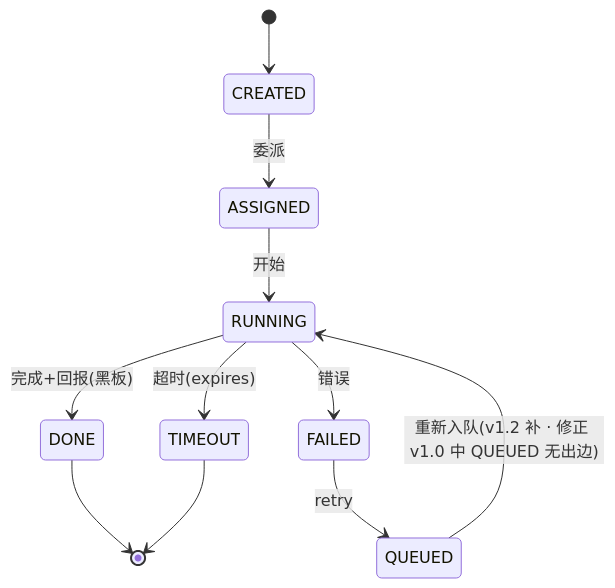
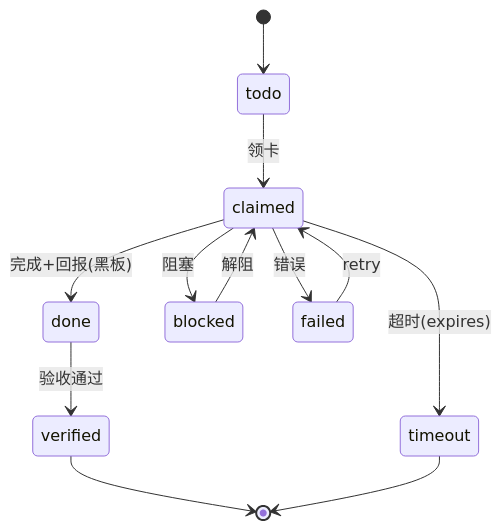
The second of 2 diagrams in research/cost-governance/cahac-protocol-v1.2.md (coreyleung-art/dsh-collab), drawn with Mermaid before and after one commit. The commit also changed other lines of this file, not shown here.

Commit message:
★ 批 2 落地（所有者裁决：对齐既有权威文档 + ③A）—— ①状态机对齐 bb-taskboard（CREATED/QUEUED 并入 todo + 补 verified/blocked + 映射声明）②COLLAB 通道改「线程」对齐章程 L29 + 0.8 补理由 ③A 新增 ack_write 轻量写路径（保留 0.05 意图且价格自洽）④去重键统一为内容指纹对齐章程 L33 + 关联键另设 ⑤thread 从属 task（依 agent_thread 既有语义）

````diff
--- a/research/cost-governance/cahac-protocol-v1.2.md
+++ b/research/cost-governance/cahac-protocol-v1.2.md
@@ -250,13 +269,14 @@
 ```mermaid
 stateDiagram-v2
-    [*] --> CREATED
-    CREATED --> ASSIGNED : 委派
-    ASSIGNED --> RUNNING : 开始
-    RUNNING --> DONE : 完成+回报(黑板)
-    RUNNING --> FAILED : 错误
-    FAILED --> QUEUED : retry<max
-    QUEUED --> RUNNING : 重新入队(v1.2 补 · 修正 v1.0 中 QUEUED 无出边)
-    RUNNING --> TIMEOUT : 超时(expires)
-    DONE --> [*]
-    TIMEOUT --> [*]
+    [*] --> todo
+    todo --> claimed : 领卡
+    claimed --> done : 完成+回报(黑板)
+    claimed --> blocked : 阻塞
+    blocked --> claimed : 解阻
+    done --> verified : 验收通过
+    claimed --> failed : 错误
+    failed --> claimed : retry<max
+    claimed --> timeout : 超时(expires)
+    verified --> [*]
+    timeout --> [*]
 ```
````
